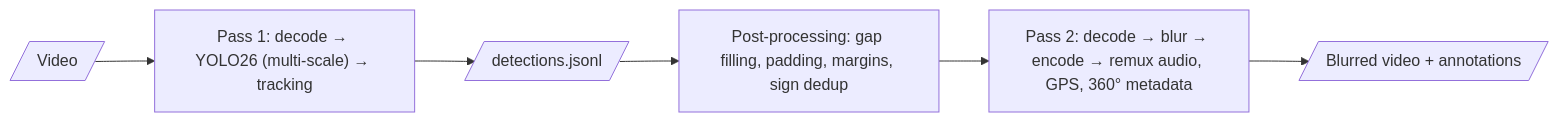
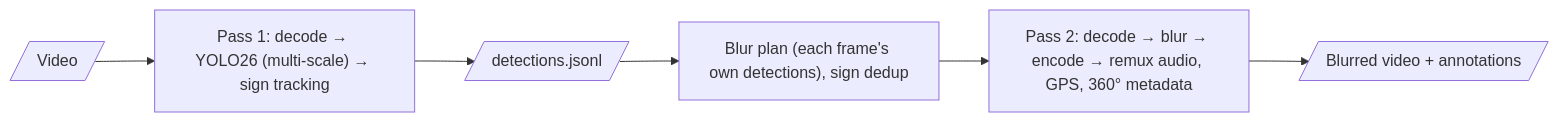
Before and after one commit to KylianAUBRY/SGBlur_Video: the diagram in README.md, drawn with Mermaid. The commit also changed other lines of this file and 66 other files, not shown here.

First line of the commit message:
feat: blur every frame independently, like SGBlur blurs a picture

````diff
--- a/README.md
+++ b/README.md
@@ -31,8 +30,8 @@
 ```mermaid
 flowchart LR
-    v[/Video/] --> a["Pass 1: decode → YOLO26 (multi-scale) → tracking"]
+    v[/Video/] --> a["Pass 1: decode → YOLO26 (multi-scale) → sign tracking"]
     a --> j[/detections.jsonl/]
-    j --> p["Post-processing: gap filling, padding, margins, sign dedup"]
+    j --> p["Blur plan (each frame's own detections), sign dedup"]
     p --> r["Pass 2: decode → blur → encode → remux audio, GPS, 360° metadata"]
     r --> o[/Blurred video + annotations/]
 ```
````
